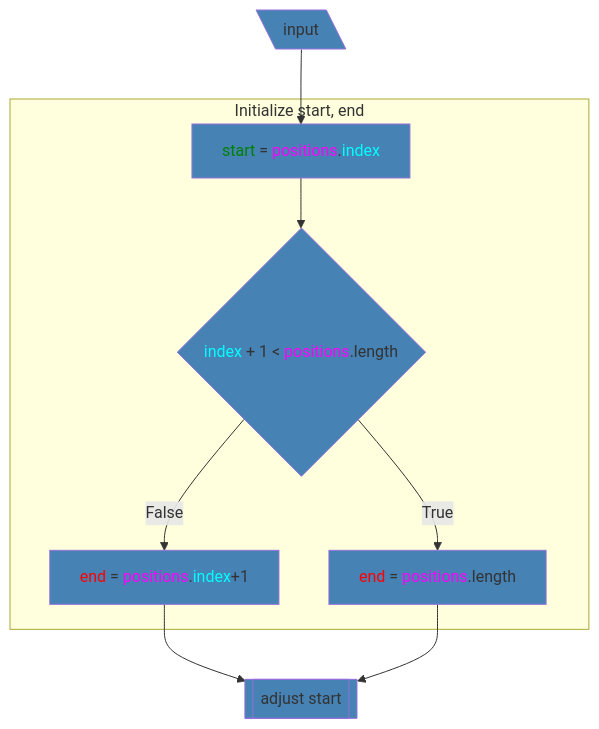
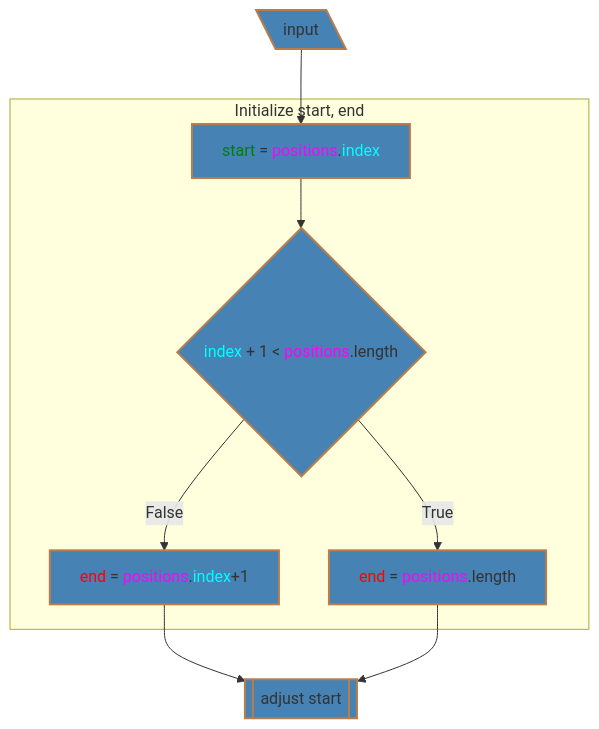
The eighth of 20 diagrams in scripts/table/design.md (7s4e/p3), drawn with Mermaid before and after one commit. The commit also changed other lines of this file, not shown here.

````diff
--- a/scripts/table/design.md
+++ b/scripts/table/design.md
@@ -240,24 +240,24 @@
 ```mermaid
 flowchart
-    classDef fill fill:#4682b4
-    INP[\input\]:::fill
+    classDef shape fill:#4682b4,stroke:#b97d4b,stroke-width:2px
+    INP[\input\]:::shape
         INP --> SST
     subgraph init [Initialize start, end]
         SST["<span style='color:green;'>start</span> = <span style=
                  'color:magenta;'>positions</span>.<span style='color:cyan;'
-                 >index</span>"]:::fill
+                 >index</span>"]:::shape
             SST --> LST
         LST{"<span style='color:cyan;'>index</span> + 1 < <span style=
-                 'color:magenta;'>positions</span>.length"}:::fill
+                 'color:magenta;'>positions</span>.length"}:::shape
             LST -- False --> SE1
             LST -- True  --> SE2
         SE1["<span style='color:red;'>end</span> = <span style=
                  'color:magenta;'>positions</span>.<span style='color:cyan;'
-                 >index</span>+1"]:::fill
+                 >index</span>+1"]:::shape
         SE2["<span style='color:red;'>end</span> = <span style=
-                 'color:magenta;'>positions</span>.length"]:::fill
+                 'color:magenta;'>positions</span>.length"]:::shape
     end
-    AJS[[adjust start]]:::fill
+    AJS[[adjust start]]:::shape
         SE1 --> AJS
         SE2 --> AJS
 ```
````
